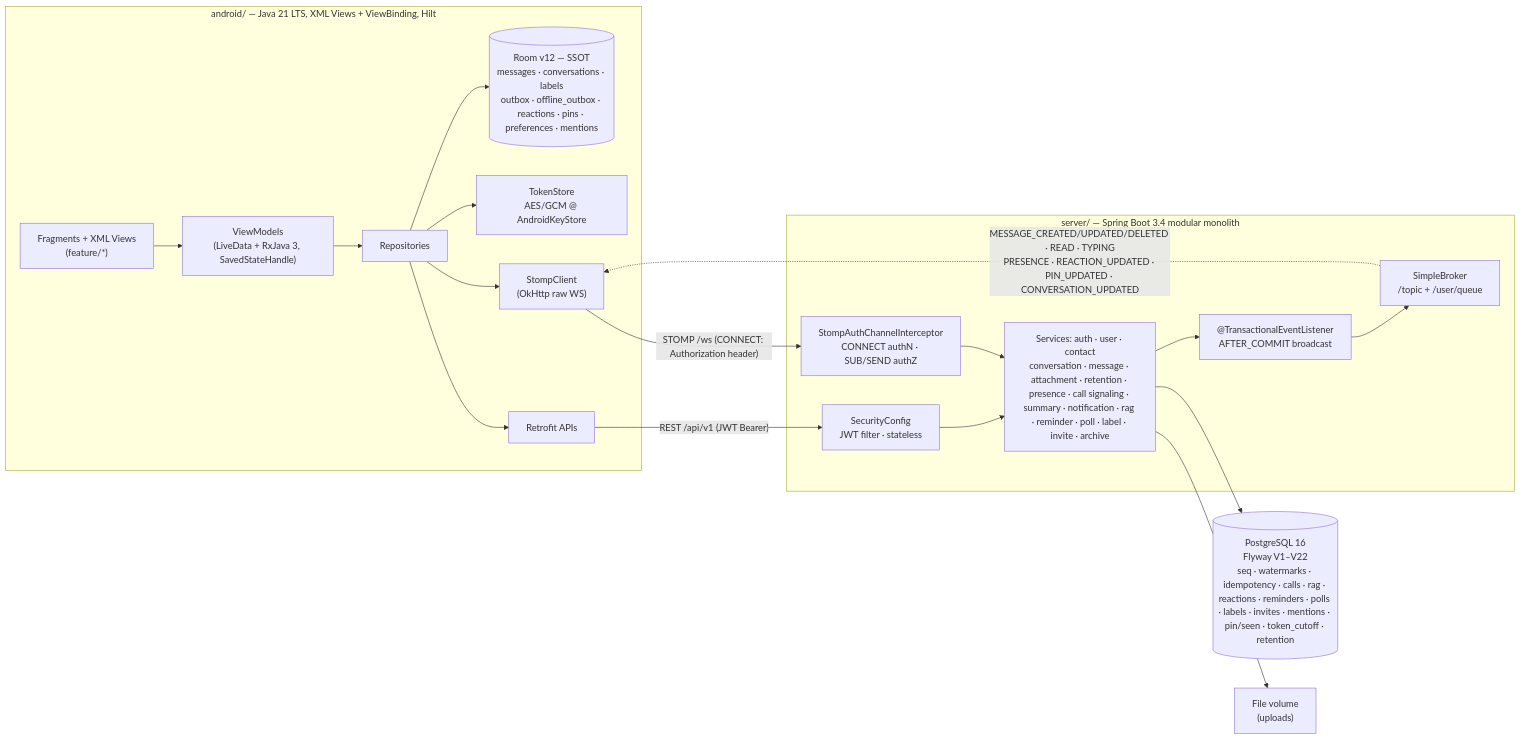
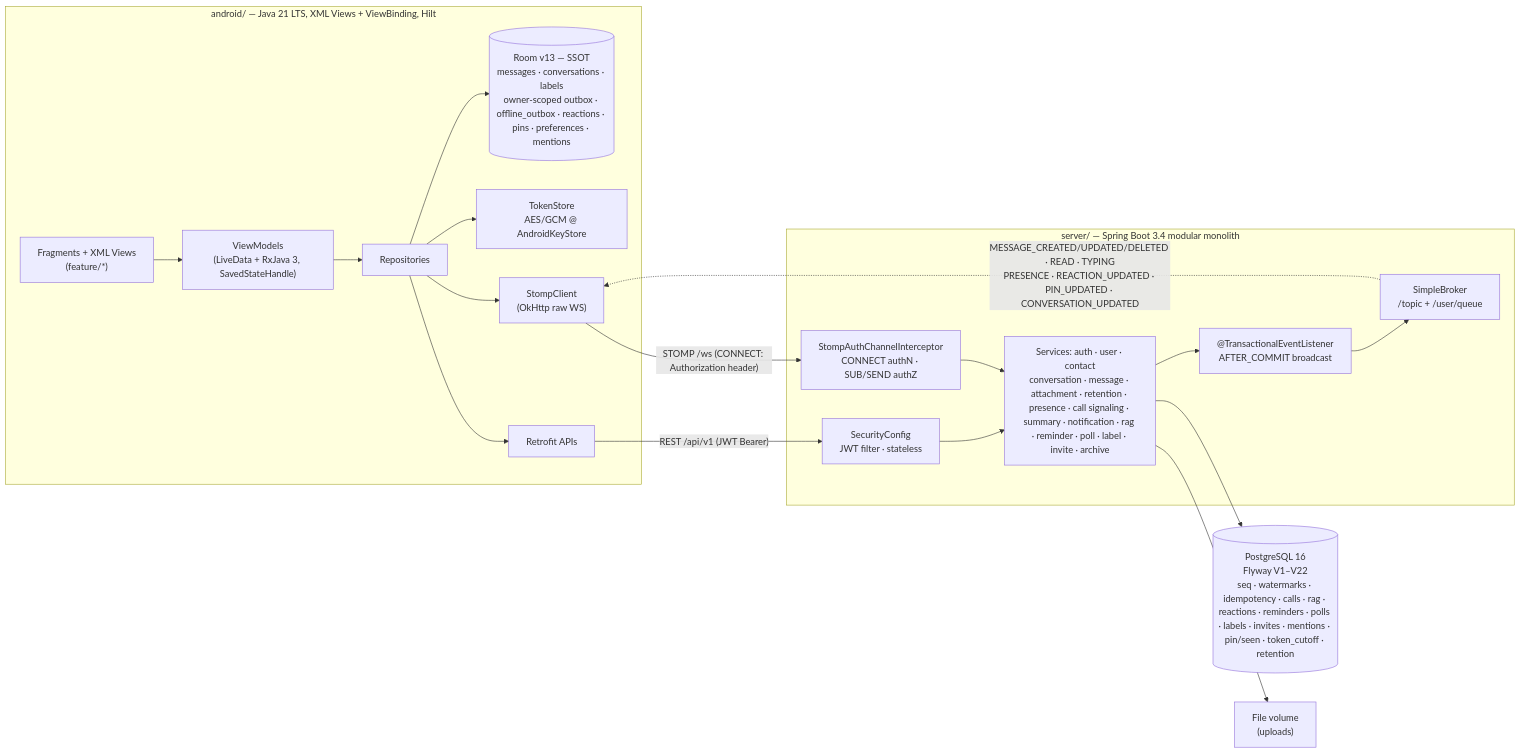
One commit to JasonTM17/Nexachat_AppJ changed the diagram in README.md. Above: the diagram before and after it, drawn with Mermaid. The commit also changed other lines of this file and 26 other files, not shown here.

Commit message:
fix(android): preserve owner-scoped offline messages

````diff
--- a/README.md
+++ b/README.md
@@ -111,29 +111,29 @@
 ```mermaid
 flowchart LR
     subgraph Android["android/ — Java 21 LTS, XML Views + ViewBinding, Hilt"]
         UI["Fragments + XML Views<br/>(feature/*)"] --> VM["ViewModels<br/>(LiveData + RxJava 3, SavedStateHandle)"]
         VM --> REPO["Repositories"]
-        REPO --> ROOM[("Room v12 — SSOT<br/>messages · conversations · labels<br/>outbox · offline_outbox · reactions · pins · preferences · mentions")]
+        REPO --> ROOM[("Room v13 — SSOT<br/>messages · conversations · labels<br/>owner-scoped outbox · offline_outbox · reactions · pins · preferences · mentions")]
         REPO --> TS["TokenStore<br/>AES/GCM @ AndroidKeyStore"]
         REPO --> ST["StompClient<br/>(OkHttp raw WS)"]
         REPO --> RT["Retrofit APIs"]
     end
 
     subgraph Server["server/ — Spring Boot 3.4 modular monolith"]
         SEC["SecurityConfig<br/>JWT filter · stateless"]
         INT["StompAuthChannelInterceptor<br/>CONNECT authN · SUB/SEND authZ"]
         SVC["Services: auth · user · contact<br/>conversation · message · attachment · retention · presence · call signaling · summary · notification · rag · reminder · poll · label · invite · archive"]
         EVT["@TransactionalEventListener<br/>AFTER_COMMIT broadcast"]
         BR["SimpleBroker<br/>/topic + /user/queue"]
     end
 
     DB[("PostgreSQL 16<br/>Flyway V1–V22<br/>seq · watermarks · idempotency · calls · rag · reactions · reminders · polls · labels · invites · mentions · pin/seen · token_cutoff · retention")]
     FS["File volume<br/>(uploads)"]
 
     RT -- "REST /api/v1 (JWT Bearer)" --> SEC --> SVC
     ST -- "STOMP /ws (CONNECT: Authorization header)" --> INT --> SVC
     SVC --> DB
     SVC --> FS
     SVC --> EVT --> BR
     BR -. "MESSAGE_CREATED/UPDATED/DELETED · READ · TYPING<br/>PRESENCE · REACTION_UPDATED · PIN_UPDATED · CONVERSATION_UPDATED" .-> ST
 ```
````
